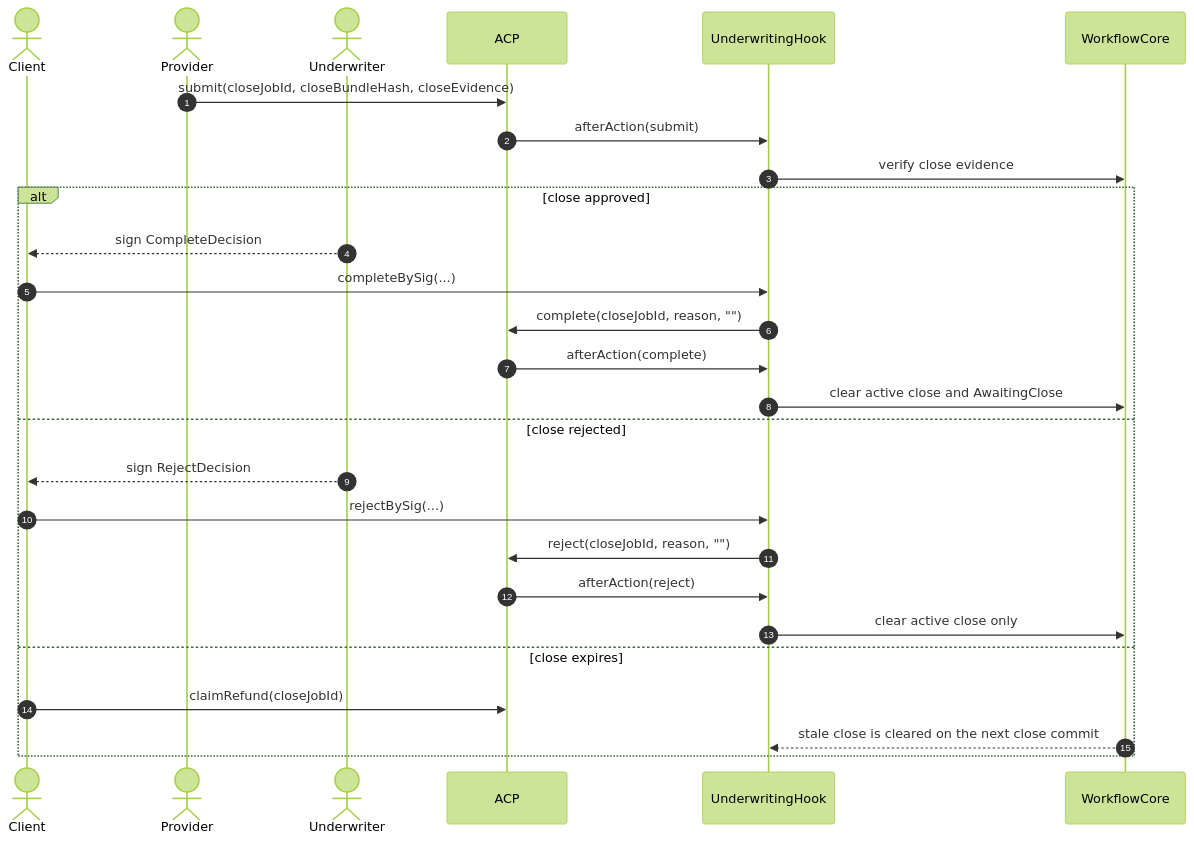
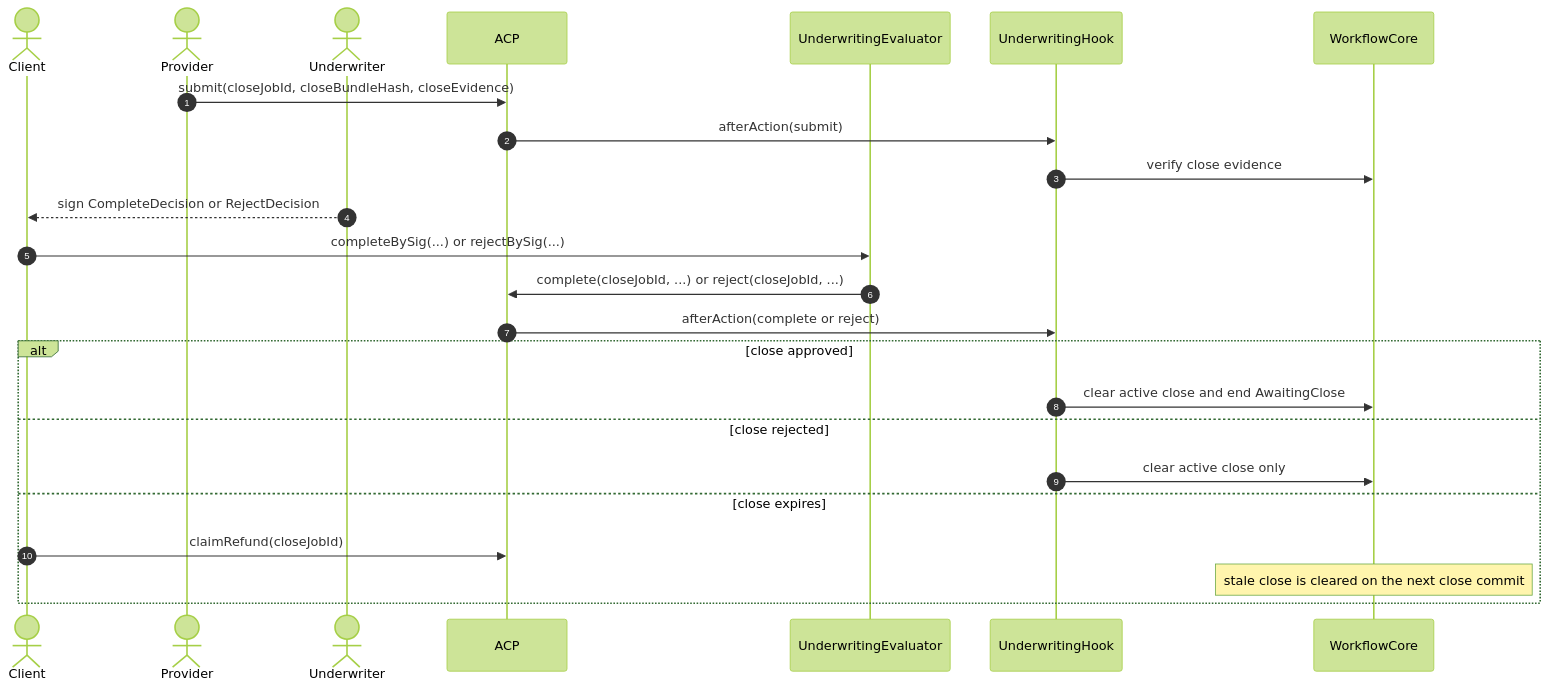
Before and after one commit to tsubasakong/hook-contracts: the sixth of 6 diagrams in docs/underwriting-hook-example-sequence.md, drawn with Mermaid (forest theme). The commit also changed other lines of this file and 13 other files, not shown here.

````diff
--- a/docs/underwriting-hook-example-sequence.md
+++ b/docs/underwriting-hook-example-sequence.md
@@ -122,30 +139,27 @@
 ```mermaid
 sequenceDiagram
     autonumber
     actor Client
     actor Provider
     actor Underwriter
     participant ACP as ACP
+    participant Eval as UnderwritingEvaluator
     participant Hook as UnderwritingHook
     participant Flow as WorkflowCore
 
     Provider->>ACP: submit(closeJobId, closeBundleHash, closeEvidence)
     ACP->>Hook: afterAction(submit)
     Hook->>Flow: verify close evidence
+    Underwriter-->>Client: sign CompleteDecision or RejectDecision
+    Client->>Eval: completeBySig(...) or rejectBySig(...)
+    Eval->>ACP: complete(closeJobId, ...) or reject(closeJobId, ...)
+    ACP->>Hook: afterAction(complete or reject)
     alt close approved
-        Underwriter-->>Client: sign CompleteDecision
-        Client->>Hook: completeBySig(...)
-        Hook->>ACP: complete(closeJobId, reason, "")
-        ACP->>Hook: afterAction(complete)
-        Hook->>Flow: clear active close and AwaitingClose
+        Hook->>Flow: clear active close and end AwaitingClose
     else close rejected
-        Underwriter-->>Client: sign RejectDecision
-        Client->>Hook: rejectBySig(...)
-        Hook->>ACP: reject(closeJobId, reason, "")
-        ACP->>Hook: afterAction(reject)
         Hook->>Flow: clear active close only
     else close expires
         Client->>ACP: claimRefund(closeJobId)
-        Flow-->>Hook: stale close is cleared on the next close commit
+        Note over Flow: stale close is cleared on the next close commit
     end
 ```
````
